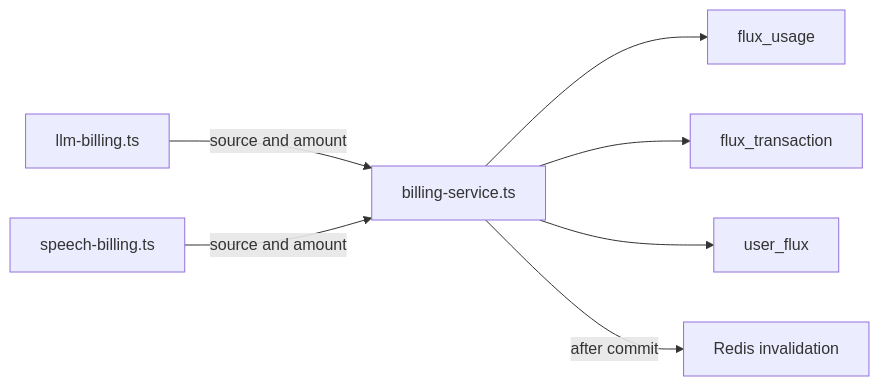
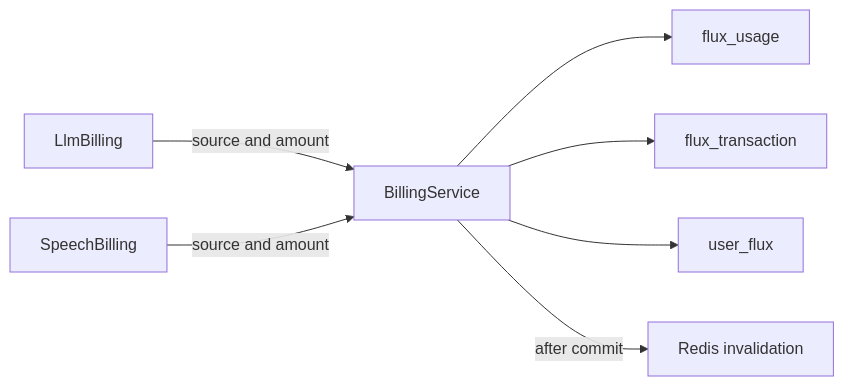
One commit to moeru-ai/airi changed the first of 2 diagrams in server/docs/ai/adr/2026-10-04-flux-usage.md. Above: the diagram before and after it, drawn with Mermaid. The commit also changed other lines of this file and 56 other files, not shown here.

First line of the commit message:
refactor(billing): fold plan credits into the flux ledger

````diff
--- a/server/docs/ai/adr/2026-10-04-flux-usage.md
+++ b/server/docs/ai/adr/2026-10-04-flux-usage.md
@@ -64,9 +64,9 @@
 ```mermaid
 flowchart LR
-  LLM[llm-billing.ts] -->|source and amount| Billing[billing-service.ts]
-  Speech[speech-billing.ts] -->|source and amount| Billing
+  LLM[LlmBilling] -->|source and amount| Billing[BillingService]
+  Speech[SpeechBilling] -->|source and amount| Billing
   Billing --> Usage[flux_usage]
   Billing --> Ledger[flux_transaction]
-  Billing --> WalletRow[user_flux]
+  Billing --> Wallet[user_flux]
   Billing -->|after commit| Cache[Redis invalidation]
 ```
````
